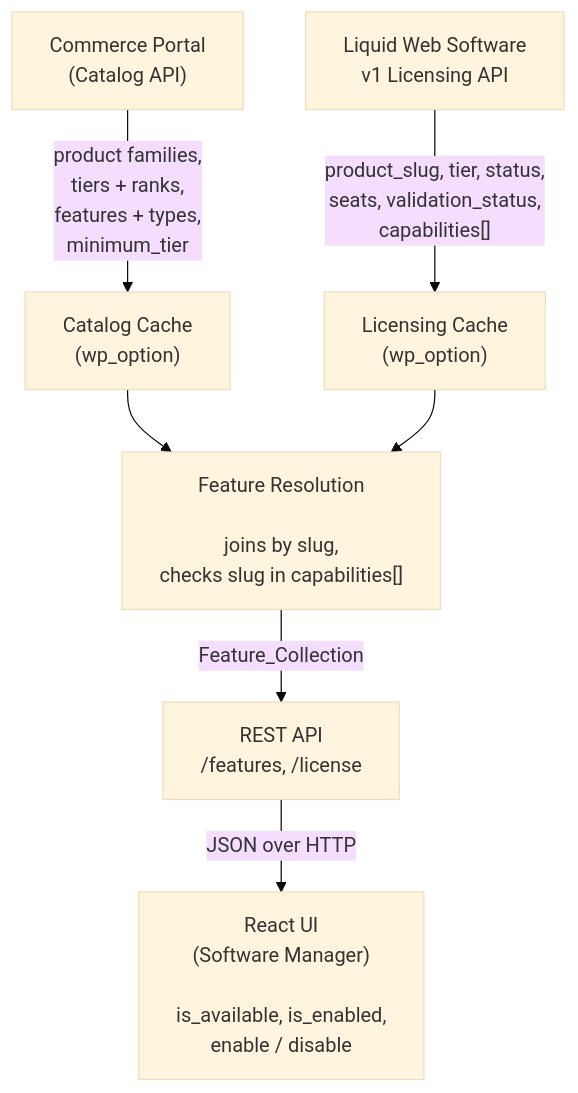
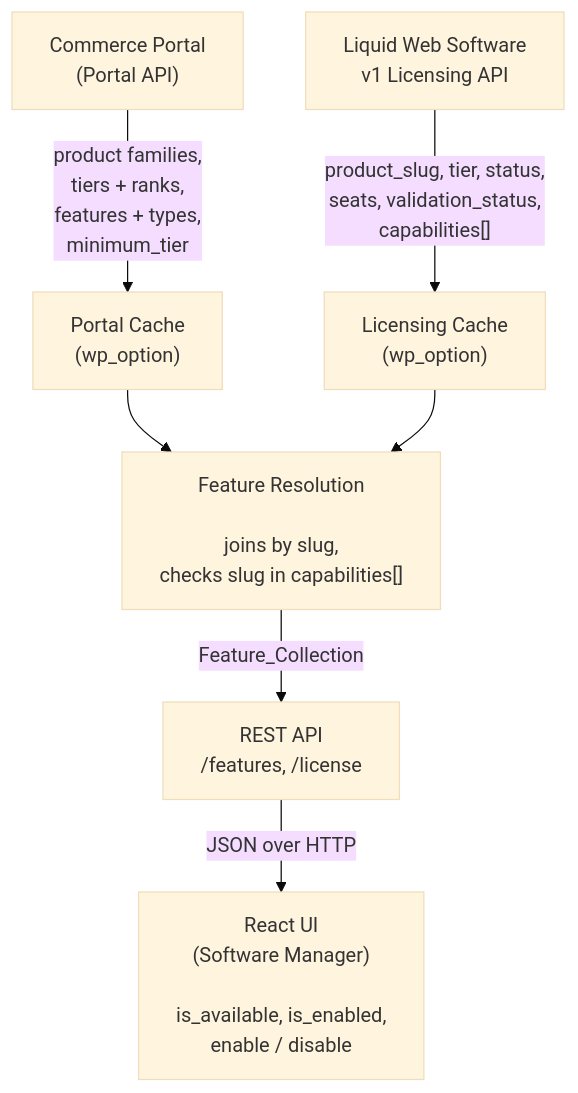
One commit to stellarwp/license-manager changed the diagram in docs/harbor.md. Above: the diagram before and after it, drawn with Mermaid (base theme). The commit also changed other lines of this file and 159 other files, not shown here.

Commit message:
SCON-583: Rename 'Catalog' to 'Portal'

````diff
--- a/docs/harbor.md
+++ b/docs/harbor.md
@@ -64,9 +64,9 @@
 ```mermaid
 flowchart TD
-    CatalogAPI["Commerce Portal\n(Catalog API)"] -->|"product families,\ntiers + ranks,\nfeatures + types,\nminimum_tier"| CatalogCache["Catalog Cache\n(wp_option)"]
+    PortalAPI["Commerce Portal\n(Portal API)"] -->|"product families,\ntiers + ranks,\nfeatures + types,\nminimum_tier"| PortalCache["Portal Cache\n(wp_option)"]
     LicensingAPI["Liquid Web Software\nv1 Licensing API"] -->|"product_slug, tier, status,\nseats, validation_status,\ncapabilities[]"| LicensingCache["Licensing Cache\n(wp_option)"]
-    CatalogCache --> Resolution["Feature Resolution\n\njoins by slug,\nchecks slug in capabilities[]"]
+    PortalCache --> Resolution["Feature Resolution\n\njoins by slug,\nchecks slug in capabilities[]"]
     LicensingCache --> Resolution
     Resolution -->|Feature_Collection| REST["REST API\n/features, /license"]
     REST -->|JSON over HTTP| UI["React UI\n(Software Manager)\n\nis_available, is_enabled,\nenable / disable"]
 ```
````
